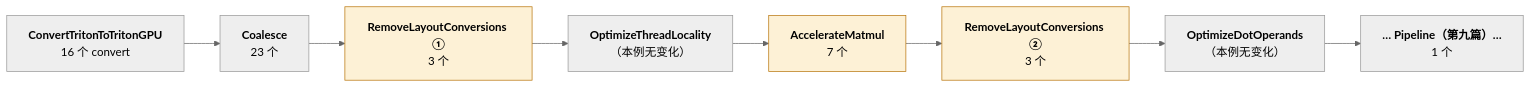
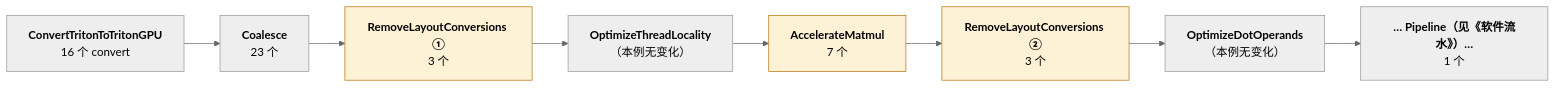
One commit to arganzheng/arganzheng.github.com changed the first of 2 diagrams in _posts/2026-11-29-triton-compiler-layout-optimization-and-tensor-cores.md. Above: the diagram before and after it, drawn with Mermaid (neutral theme). The commit also changed other lines of this file, not shown here.

````diff
--- a/_posts/2026-11-29-triton-compiler-layout-optimization-and-tensor-cores.md
+++ b/_posts/2026-11-29-triton-compiler-layout-optimization-and-tensor-cores.md
@@ -22,16 +22,16 @@
 ```mermaid
 %% 图：make_ttgir 里 layout 相关 pass 的实际顺序，以 convert_layout 数量为刻度：16 → 23 → 3 → 7 → 3 → 1
 flowchart LR
     c0["<b>ConvertTritonToTritonGPU</b><br/>16 个 convert"]
     c1["<b>Coalesce</b><br/>23 个"]
     c2["<b>RemoveLayoutConversions ①</b><br/>3 个"]
     c3["<b>OptimizeThreadLocality</b><br/>（本例无变化）"]
     c4["<b>AccelerateMatmul</b><br/>7 个"]
     c5["<b>RemoveLayoutConversions ②</b><br/>3 个"]
     c6["<b>OptimizeDotOperands</b><br/>（本例无变化）"]
-    c7["<b>… Pipeline（第九篇）…</b><br/>1 个"]
+    c7["<b>… Pipeline（见《软件流水》）…</b><br/>1 个"]
     c0 --> c1 --> c2 --> c3 --> c4 --> c5 --> c6 --> c7
 
     classDef hot fill:#fdf1d6,stroke:#b9770e
     class c2,c4,c5 hot
 ```
````
